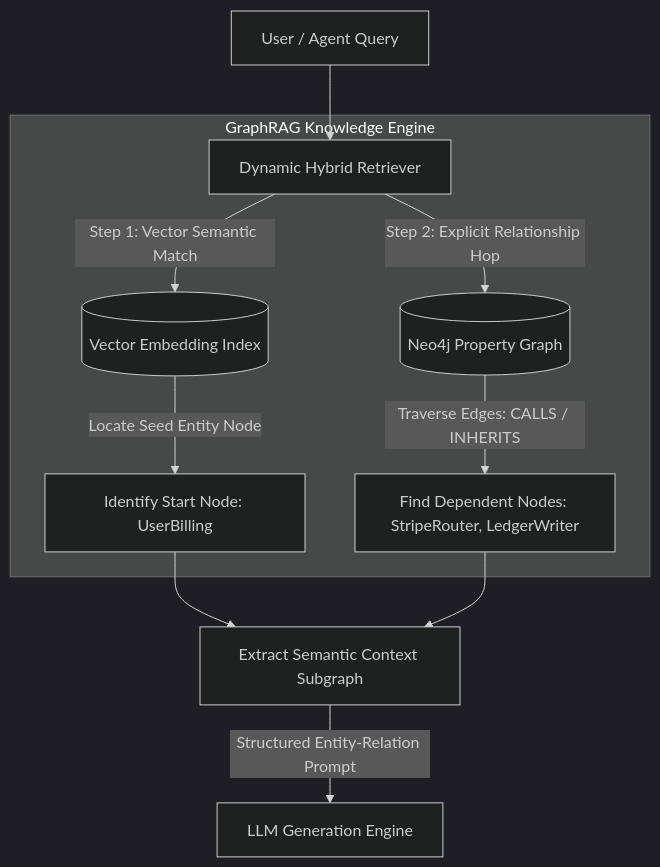
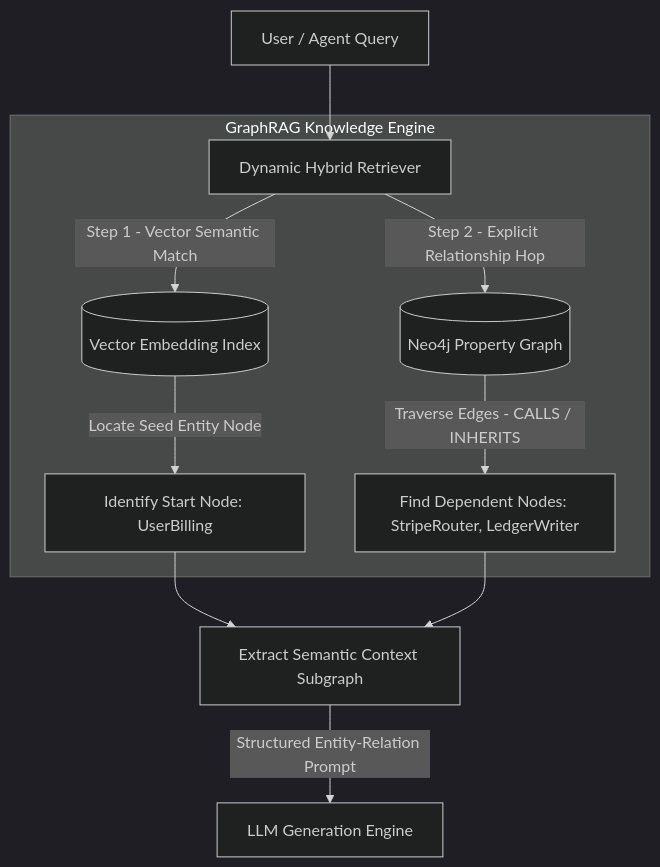
The diagram in blog/posts/graphrag-architecture-combining-knowledge-graphs-vector-embeddings.md (akmalkhaniub/akmalkhaniub.github.io), drawn with Mermaid (dark theme) before and after one commit. The commit also changed 411 other files, not shown here.

````diff
--- a/blog/posts/graphrag-architecture-combining-knowledge-graphs-vector-embeddings.md
+++ b/blog/posts/graphrag-architecture-combining-knowledge-graphs-vector-embeddings.md
@@ -19,16 +19,16 @@
 ```mermaid
-graph TD
+flowchart TD
   A[User / Agent Query] --> B[Dynamic Hybrid Retriever]
   
   subgraph SG1_GraphragKnowledgeEngine ["GraphRAG Knowledge Engine"]
-    B -->|Step 1: Vector Semantic Match| C[(Vector Embedding Index)]
-    B -->|Step 2: Explicit Relationship Hop| D[(Neo4j Property Graph)]
+    B -->|Step 1 - Vector Semantic Match| C[(Vector Embedding Index)]
+    B -->|Step 2 - Explicit Relationship Hop| D[(Neo4j Property Graph)]
     
     C -->|Locate Seed Entity Node| E[Identify Start Node: UserBilling]
-    D -->|Traverse Edges: CALLS / INHERITS| F[Find Dependent Nodes: StripeRouter, LedgerWriter]
+    D -->|Traverse Edges - CALLS / INHERITS| F[Find Dependent Nodes: StripeRouter, LedgerWriter]
   end
   
   E --> G[Extract Semantic Context Subgraph]
   F --> G
   G -->|Structured Entity-Relation Prompt| H[LLM Generation Engine]
 ```
````
